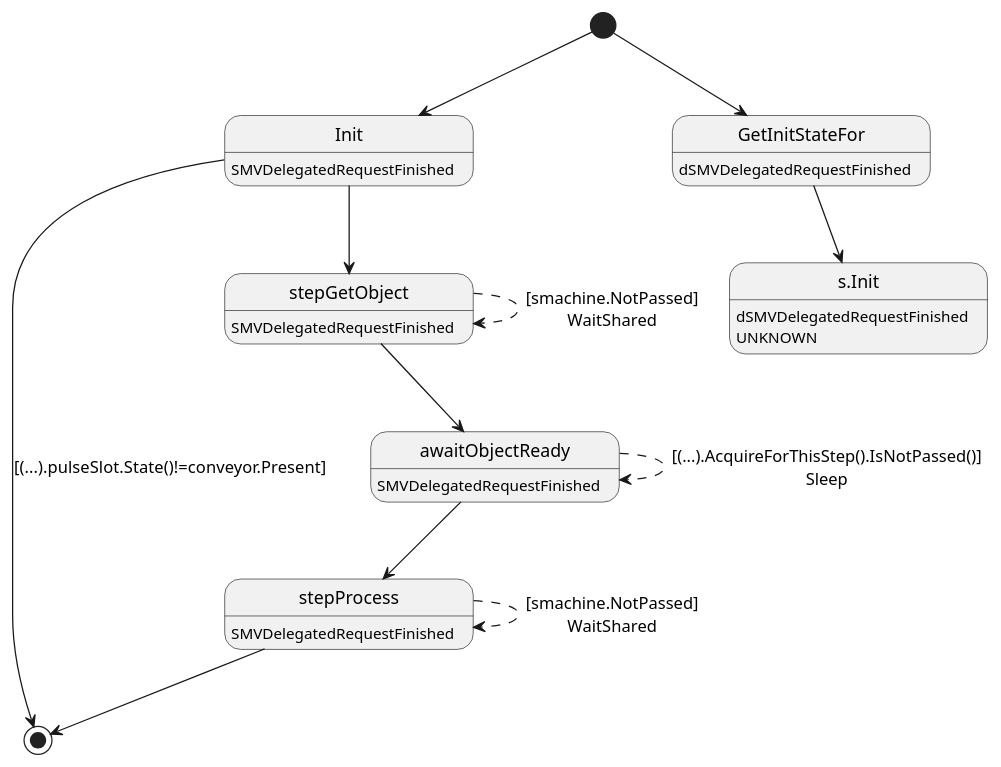
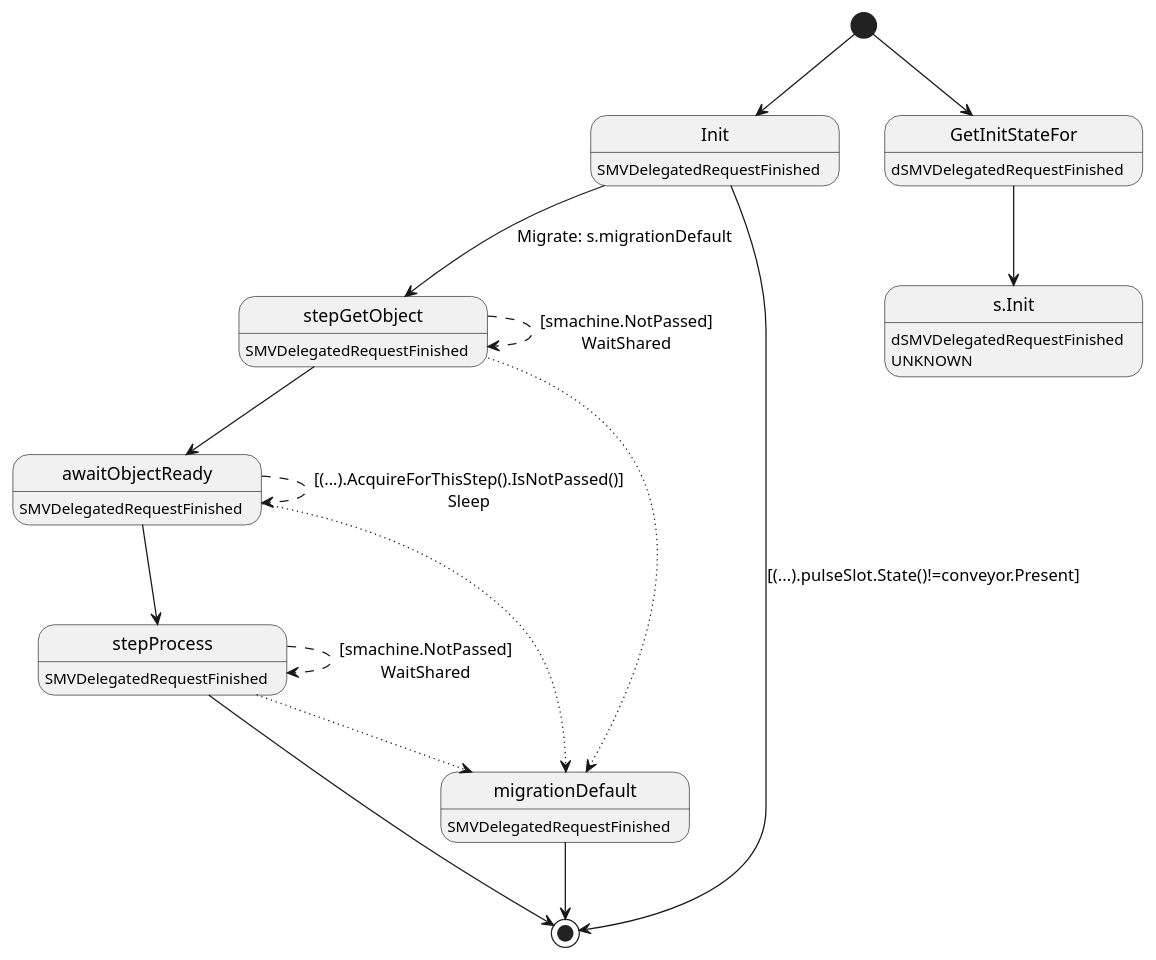
Before and after one commit to insolar/assured-ledger: the diagram in ledger-core/virtual/handlers/vdelegatedrequestfinished.plantuml, drawn with PlantUML. The commit also changed 7 other files, not shown here.

```diff
--- a/ledger-core/virtual/handlers/vdelegatedrequestfinished.plantuml
+++ b/ledger-core/virtual/handlers/vdelegatedrequestfinished.plantuml
@@ -1,26 +1,32 @@
 @startuml
 state "Init" as T01_S001
 T01_S001 : SMVDelegatedRequestFinished
 [*] --> T01_S001
 T01_S001 --> [*] : [(...).pulseSlot.State()!=conveyor.Present]
-T01_S001 --> T01_S002
-state "awaitObjectReady" as T01_S003
+T01_S001 --> T01_S003 : Migrate: s.migrationDefault
+state "awaitObjectReady" as T01_S004
+T01_S004 : SMVDelegatedRequestFinished
+T01_S004 --[dotted]> T01_S002
+T01_S004 --[dashed]> T01_S004 : [(...).AcquireForThisStep().IsNotPassed()]\nSleep
+T01_S004 --> T01_S005
+state "migrationDefault" as T01_S002
+T01_S002 : SMVDelegatedRequestFinished
+T01_S002 --> [*]
+state "stepGetObject" as T01_S003
 T01_S003 : SMVDelegatedRequestFinished
-T01_S003 --[dashed]> T01_S003 : [(...).AcquireForThisStep().IsNotPassed()]\nSleep
+T01_S003 --[dotted]> T01_S002
+T01_S003 --[dashed]> T01_S003 : [smachine.NotPassed]\nWaitShared
 T01_S003 --> T01_S004
-state "stepGetObject" as T01_S002
-T01_S002 : SMVDelegatedRequestFinished
-T01_S002 --[dashed]> T01_S002 : [smachine.NotPassed]\nWaitShared
-T01_S002 --> T01_S003
-state "stepProcess" as T01_S004
-T01_S004 : SMVDelegatedRequestFinished
-T01_S004 --[dashed]> T01_S004 : [smachine.NotPassed]\nWaitShared
-T01_S004 --> [*]
+state "stepProcess" as T01_S005
+T01_S005 : SMVDelegatedRequestFinished
+T01_S005 --[dotted]> T01_S002
+T01_S005 --[dashed]> T01_S005 : [smachine.NotPassed]\nWaitShared
+T01_S005 --> [*]
 state "GetInitStateFor" as T00_S001
 T00_S001 : dSMVDelegatedRequestFinished
 [*] --> T00_S001
 state "s.Init" as T00_U001
 T00_U001 : dSMVDelegatedRequestFinished
 T00_U001 : UNKNOWN 
 T00_S001 --> T00_U001
 @enduml
```
